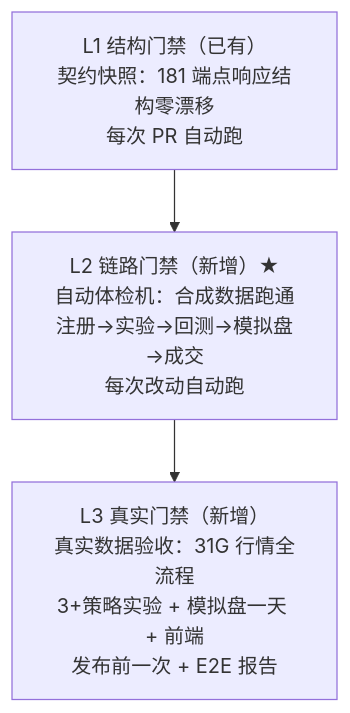
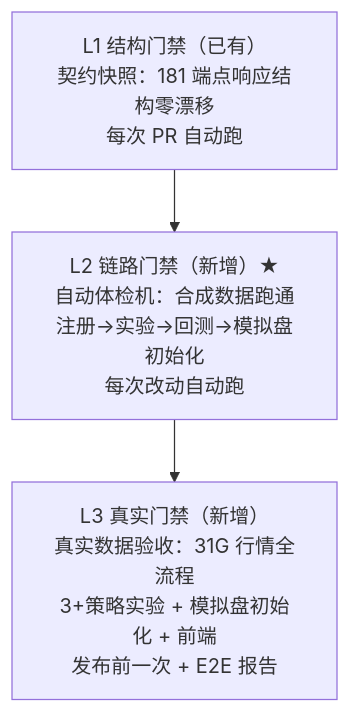
The sixth of 7 diagrams in docs/WORKFLOW_UPDATE_PLAN.md (feng653/quant-lean), drawn with Mermaid before and after one commit. The commit also changed other lines of this file, not shown here.

````diff
--- a/docs/WORKFLOW_UPDATE_PLAN.md
+++ b/docs/WORKFLOW_UPDATE_PLAN.md
@@ -159,7 +200,7 @@
 ```mermaid
 flowchart TB
     L1["L1 结构门禁（已有）<br/>契约快照：181 端点响应结构零漂移<br/>每次 PR 自动跑"]
-    L2["L2 链路门禁（新增）★<br/>自动体检机：合成数据跑通<br/>注册→实验→回测→模拟盘→成交<br/>每次改动自动跑"]
-    L3["L3 真实门禁（新增）<br/>真实数据验收：31G 行情全流程<br/>3+策略实验 + 模拟盘一天 + 前端<br/>发布前一次 + E2E 报告"]
+    L2["L2 链路门禁（新增）★<br/>自动体检机：合成数据跑通<br/>注册→实验→回测→模拟盘初始化<br/>每次改动自动跑"]
+    L3["L3 真实门禁（新增）<br/>真实数据验收：31G 行情全流程<br/>3+策略实验 + 模拟盘初始化 + 前端<br/>发布前一次 + E2E 报告"]
     L1 --> L2 --> L3
 ```
````
